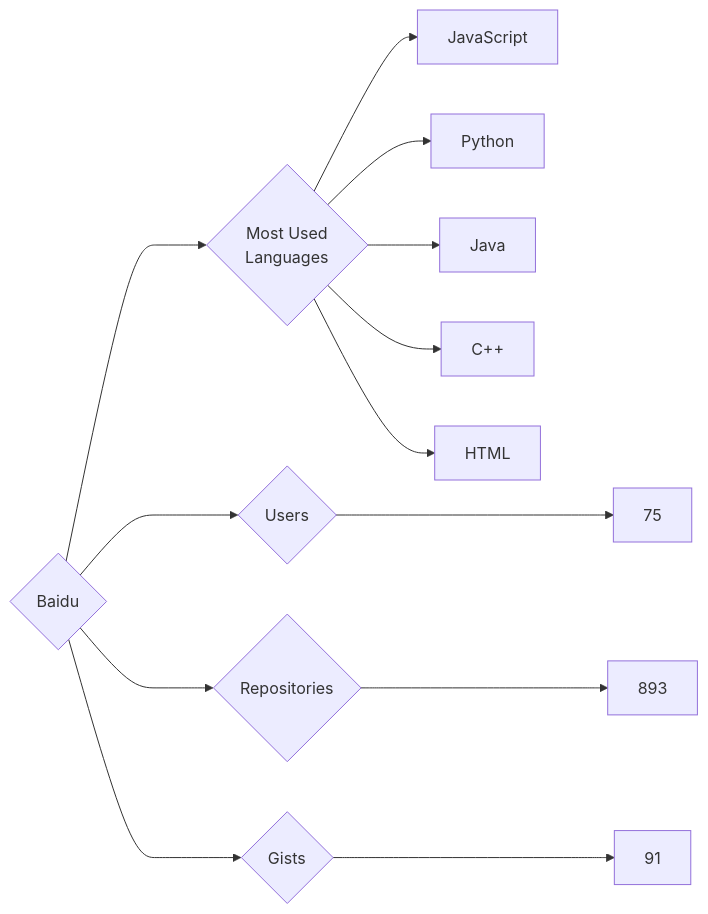
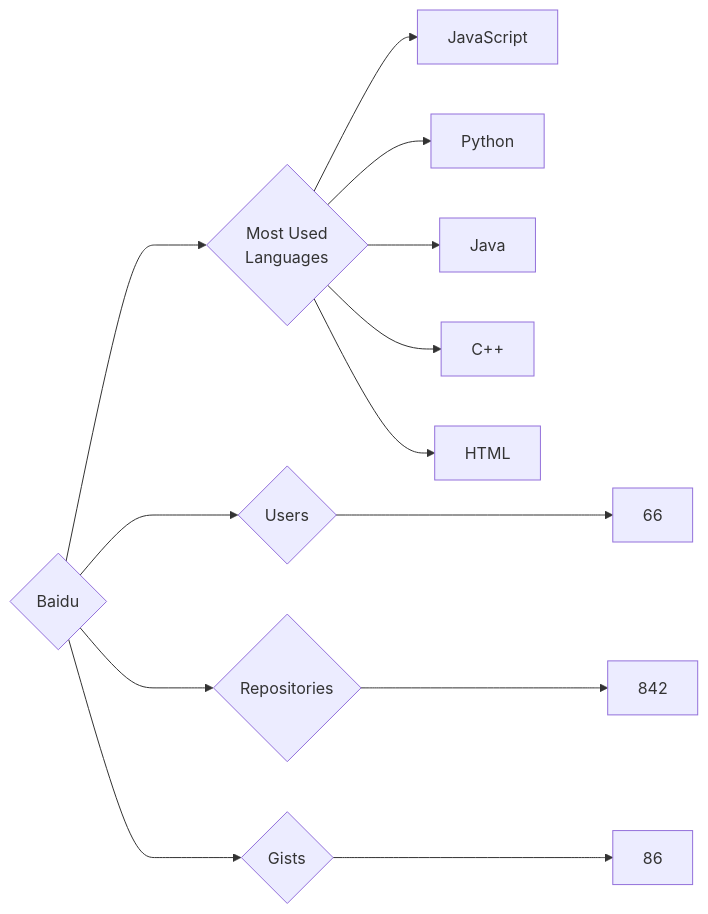
The diagram in targets/Baidu/README.md (trickest/insiders), drawn with Mermaid before and after one commit. The commit also changed 1195 other files, not shown here.

````diff
--- a/targets/Baidu/README.md
+++ b/targets/Baidu/README.md
@@ -3,13 +3,13 @@
 ```mermaid
 graph LR
 COMPANY_NAME{Baidu}
-COMPANY_NAME ---> U{Users} ---> UN[75]
-COMPANY_NAME ---> R{Repositories} ---> RN[893]
-COMPANY_NAME ---> G{Gists} ---> GN[91]
+COMPANY_NAME ---> U{Users} ---> UN[66]
+COMPANY_NAME ---> R{Repositories} ---> RN[842]
+COMPANY_NAME ---> G{Gists} ---> GN[86]
 COMPANY_NAME ---> ML{Most Used<br>Languages}
 ML --> JavaScript[JavaScript]
 ML --> Python[Python]
 ML --> Java[Java]
 ML --> C++[C++]
 ML --> HTML[HTML]
 ```
````
